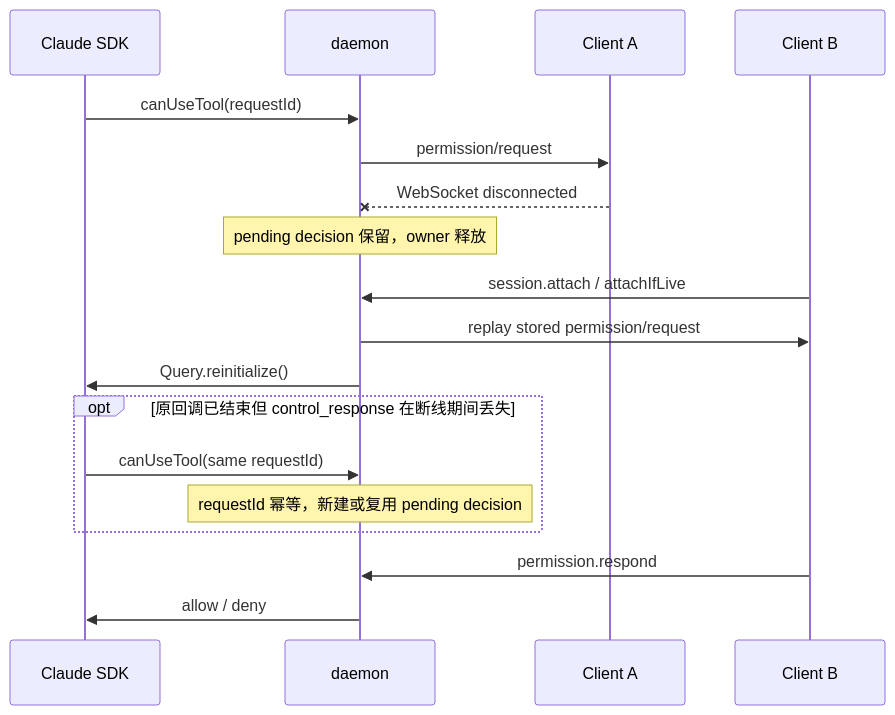
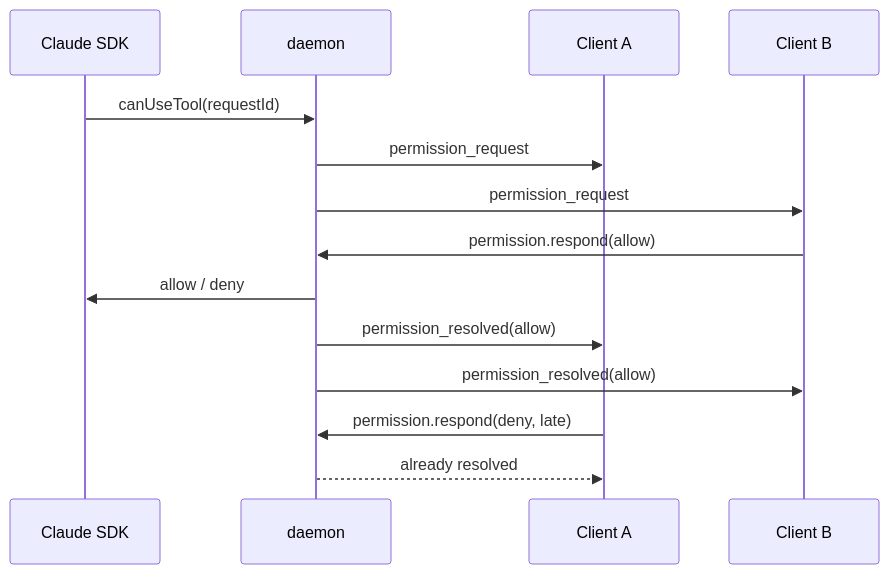
One commit to cddchen/CCVibe changed the second of 2 diagrams in docs/daemon/02-p0-runtime-architecture.md. Above: the diagram before and after it, drawn with Mermaid. The commit also changed other lines of this file and 65 other files, not shown here.

Commit message:
feat: upgrade conversation snapshots and permission flow

````diff
--- a/docs/daemon/02-p0-runtime-architecture.md
+++ b/docs/daemon/02-p0-runtime-architecture.md
@@ -123,21 +125,17 @@
 ```mermaid
 sequenceDiagram
   participant SDK as Claude SDK
   participant D as daemon
   participant C1 as Client A
   participant C2 as Client B
 
   SDK->>D: canUseTool(requestId)
-  D->>C1: permission/request
-  C1--xD: WebSocket disconnected
-  Note over D: pending decision 保留，owner 释放
-  C2->>D: session.attach / attachIfLive
-  D->>C2: replay stored permission/request
-  D->>SDK: Query.reinitialize()
-  opt 原回调已结束但 control_response 在断线期间丢失
-    SDK->>D: canUseTool(same requestId)
-    Note over D: requestId 幂等，新建或复用 pending decision
-  end
-  C2->>D: permission.respond
+  D->>C1: permission_request
+  D->>C2: permission_request
+  C2->>D: permission.respond(allow)
   D->>SDK: allow / deny
+  D->>C1: permission_resolved(allow)
+  D->>C2: permission_resolved(allow)
+  C1->>D: permission.respond(deny, late)
+  D-->>C1: already resolved
 ```
````
